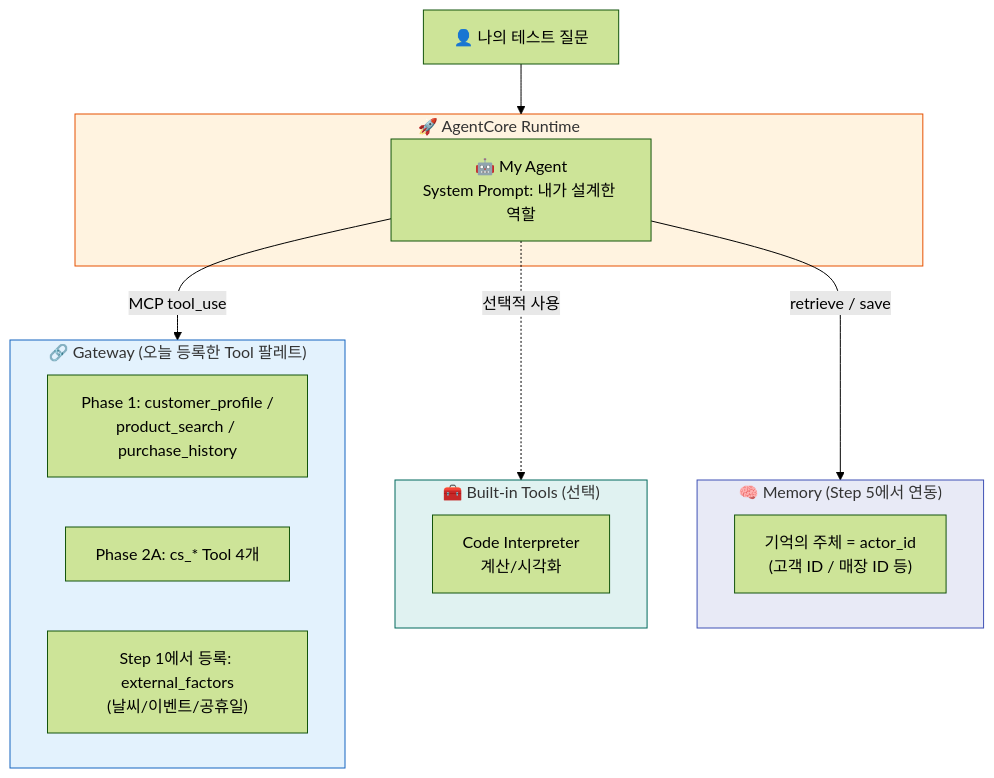
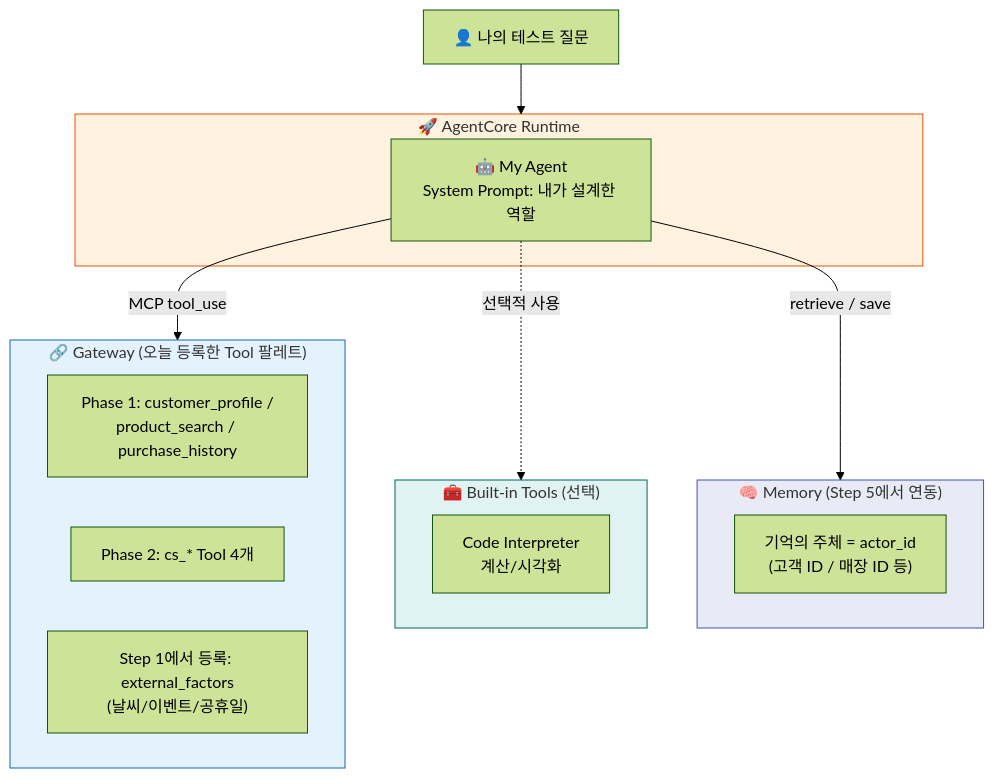
One commit to kjhyuok/rcg-agentcore-workshop-guide changed the diagram in docs/phase3/index.md. Above: the diagram before and after it, drawn with Mermaid (forest theme). The commit also changed 14 other files, not shown here.

````diff
--- a/docs/phase3/index.md
+++ b/docs/phase3/index.md
@@ -32,32 +32,32 @@
 ```mermaid
 graph TB
     U["👤 나의 테스트 질문"]
 
     subgraph RT["🚀 AgentCore Runtime"]
         AG["🤖 My Agent<br/>System Prompt: 내가 설계한 역할"]
     end
 
     subgraph GW["🔗 Gateway (오늘 등록한 Tool 팔레트)"]
         T1["Phase 1: customer_profile /<br/>product_search / purchase_history"]
-        T2["Phase 2A: cs_* Tool 4개"]
+        T2["Phase 2: cs_* Tool 4개"]
         T3["Step 1에서 등록: external_factors<br/>(날씨/이벤트/공휴일)"]
     end
 
     subgraph BI["🧰 Built-in Tools (선택)"]
         CI["Code Interpreter<br/>계산/시각화"]
     end
 
     subgraph ME["🧠 Memory (Step 5에서 연동)"]
         MR["기억의 주체 = actor_id<br/>(고객 ID / 매장 ID 등)"]
     end
 
     U --> RT
     AG -->|MCP tool_use| GW
     AG -.->|선택적 사용| BI
     AG -->|retrieve / save| ME
 
     style RT fill:#fff3e0,stroke:#e65100
     style GW fill:#e3f2fd,stroke:#1565c0
     style BI fill:#e0f2f1,stroke:#00695c
     style ME fill:#e8eaf6,stroke:#3f51b5
 ```
````
